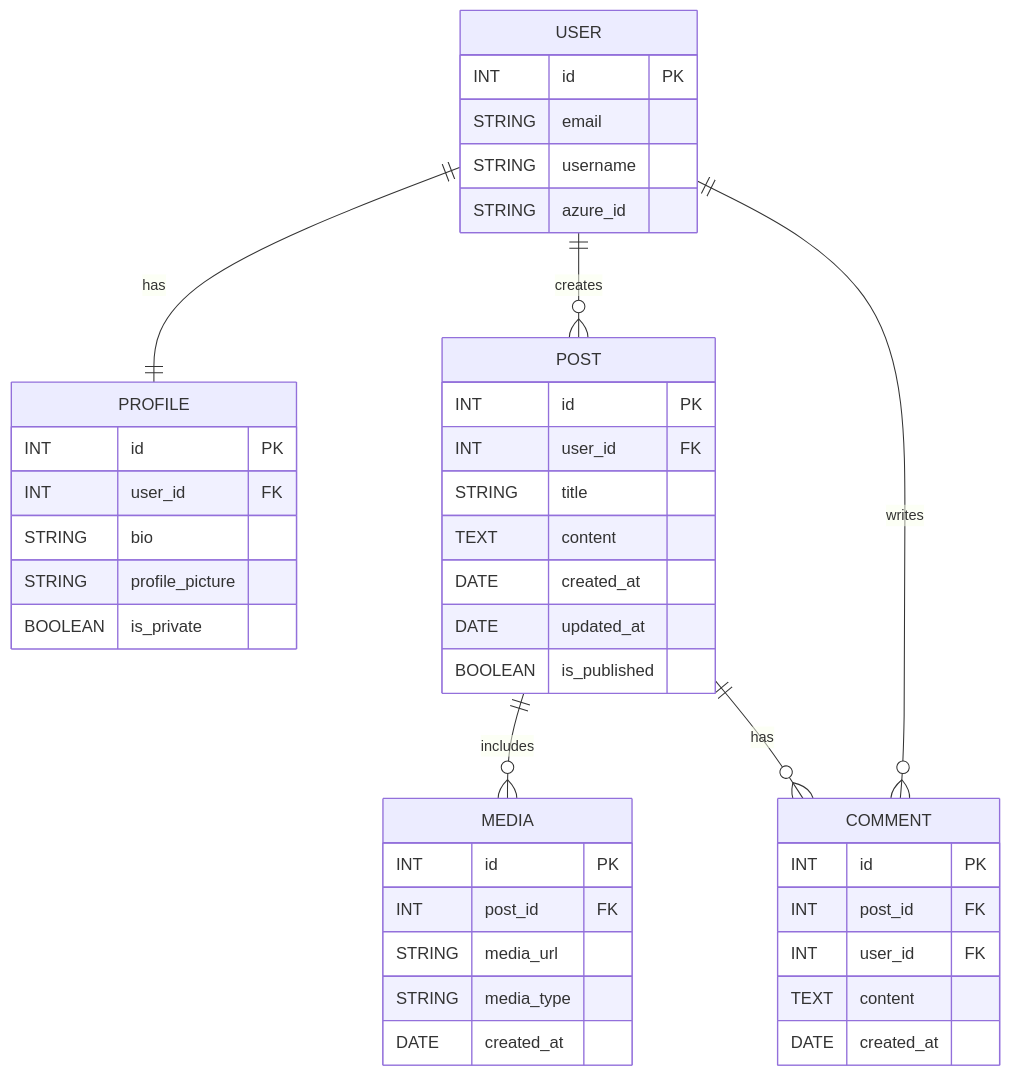
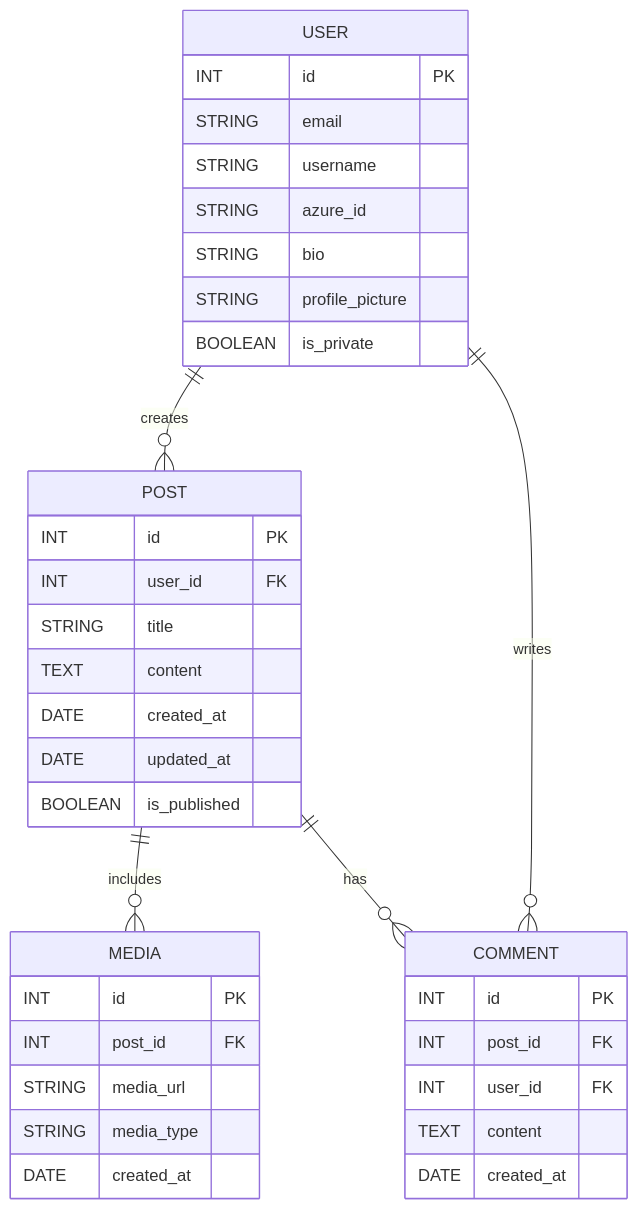
The diagram in docs/database.md (matheodrd/linkup), drawn with Mermaid before and after one commit. The commit also changed 2 other files, not shown here.

Commit message:
Add profile related attributes to User (#15)
* add Profile models and relationship with User

* merge Profile to User because 1-1 relationships are too hard in SQLModel

* remove unnecessary import

* update db docs: remove PROFILE table

````diff
--- a/docs/database.md
+++ b/docs/database.md
@@ -5,49 +5,43 @@
 ```mermaid
 erDiagram
     USER {
         INT id PK
         STRING email
         STRING username
         STRING azure_id
-    }
-
-    PROFILE {
-        INT id PK
-        INT user_id FK
         STRING bio
         STRING profile_picture
         BOOLEAN is_private
     }
 
     POST {
         INT id PK
         INT user_id FK
         STRING title
         TEXT content
         DATE created_at
         DATE updated_at
         BOOLEAN is_published
     }
 
     MEDIA {
         INT id PK
         INT post_id FK
         STRING media_url
         STRING media_type
         DATE created_at
     }
 
     COMMENT {
         INT id PK
         INT post_id FK
         INT user_id FK
         TEXT content
         DATE created_at
     }
 
-    USER ||--|| PROFILE : "has"
     USER ||--o{ POST : "creates"
     POST ||--o{ MEDIA : "includes"
     POST ||--o{ COMMENT : "has"
     USER ||--o{ COMMENT : "writes"
 ```
````
